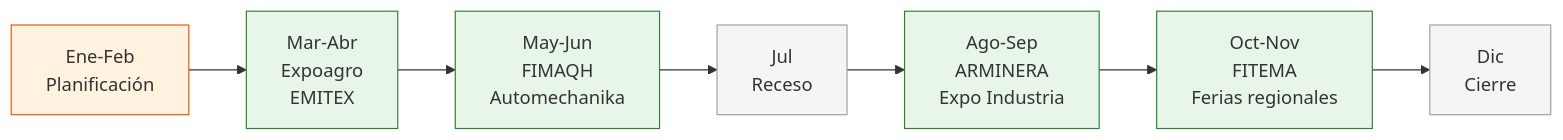
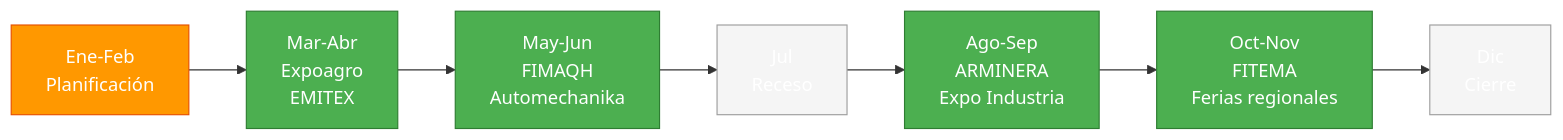
Before and after one commit to barrosignacioezequiel-coder/docs: the diagram in app/paso1-argentina/encontrar-fabricas/calendario-ferias.mdx, drawn with Mermaid. The commit also changed 66 other files, not shown here.

First line of the commit message:
fix: resolve Mermaid v11 numbered list errors + improve contrast

````diff
--- a/app/paso1-argentina/encontrar-fabricas/calendario-ferias.mdx
+++ b/app/paso1-argentina/encontrar-fabricas/calendario-ferias.mdx
@@ -63,17 +63,17 @@
 ```mermaid
 graph LR
     A["Ene-Feb<br/>Planificación"] --> B["Mar-Abr<br/>Expoagro<br/>EMITEX"]
     B --> C["May-Jun<br/>FIMAQH<br/>Automechanika"]
     C --> D["Jul<br/>Receso"]
     D --> E["Ago-Sep<br/>ARMINERA<br/>Expo Industria"]
     E --> F["Oct-Nov<br/>FITEMA<br/>Ferias regionales"]
     F --> G["Dic<br/>Cierre"]
 
-    style A fill:#fff3e0,stroke:#e65100
-    style B fill:#e8f5e9,stroke:#2e7d32
-    style C fill:#e8f5e9,stroke:#2e7d32
-    style D fill:#f5f5f5,stroke:#9e9e9e
-    style E fill:#e8f5e9,stroke:#2e7d32
-    style F fill:#e8f5e9,stroke:#2e7d32
-    style G fill:#f5f5f5,stroke:#9e9e9e
+    style A fill:#ff9800,stroke:#e65100,color:#fff
+    style B fill:#4caf50,stroke:#2e7d32,color:#fff
+    style C fill:#4caf50,stroke:#2e7d32,color:#fff
+    style D fill:#f5f5f5,stroke:#9e9e9e,color:#fff
+    style E fill:#4caf50,stroke:#2e7d32,color:#fff
+    style F fill:#4caf50,stroke:#2e7d32,color:#fff
+    style G fill:#f5f5f5,stroke:#9e9e9e,color:#fff
 ```
````
